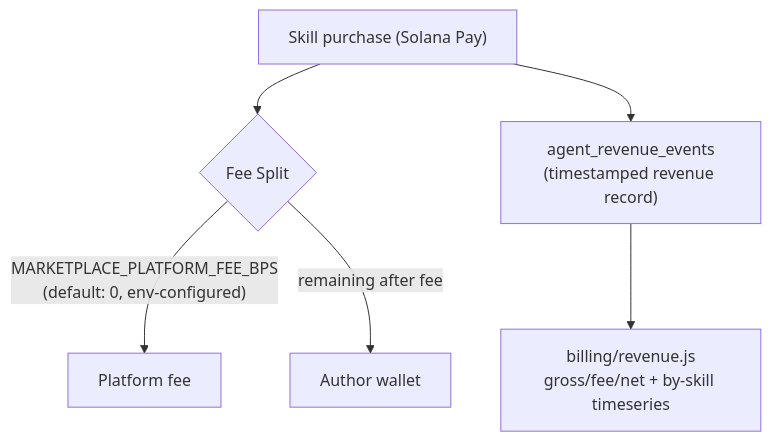
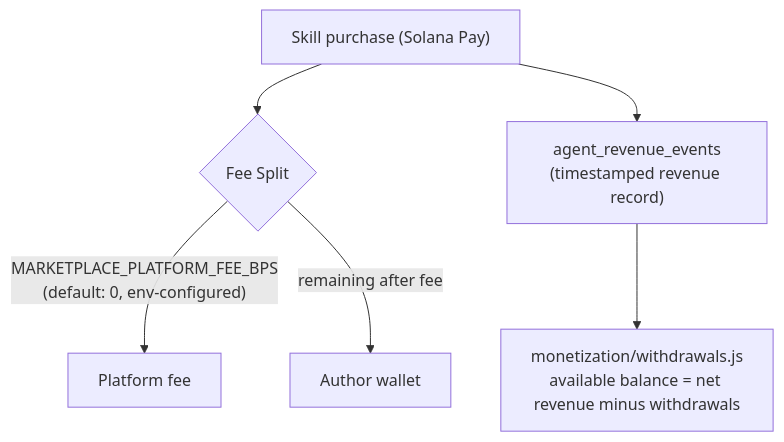
One commit to nirholas/Handshake changed the eighth of 22 diagrams in ARCHITECTURE.md. Above: the diagram before and after it, drawn with Mermaid. The commit also changed other lines of this file and 177 other files, not shown here.

````diff
--- a/ARCHITECTURE.md
+++ b/ARCHITECTURE.md
@@ -1345,8 +1344,8 @@
 ```mermaid
 flowchart TD
     A["Skill purchase (Solana Pay)"] --> B{Fee Split}
     B -->|"MARKETPLACE_PLATFORM_FEE_BPS\n(default: 0, env-configured)"| C["Platform fee"]
     B -->|"remaining after fee"| D["Author wallet"]
     A --> E["agent_revenue_events\n(timestamped revenue record)"]
-    E --> F["billing/revenue.js\ngross/fee/net + by-skill timeseries"]
+    E --> F["monetization/withdrawals.js\navailable balance = net revenue minus withdrawals"]
 ```
````
